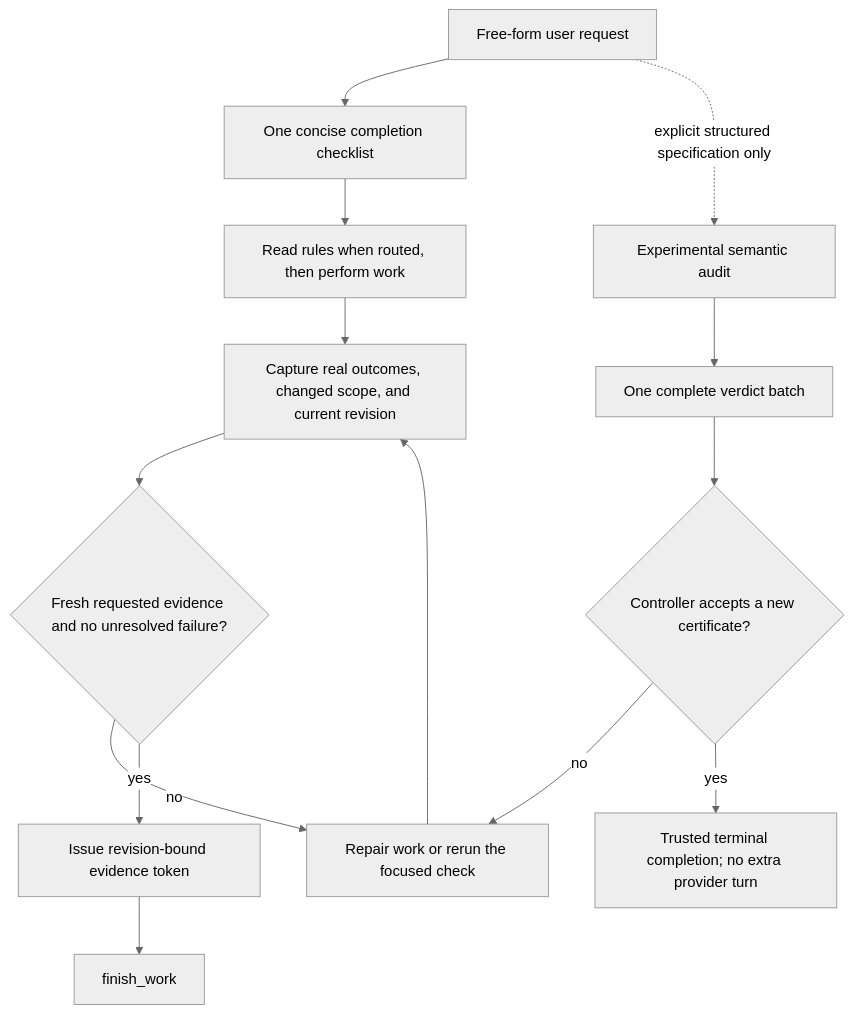
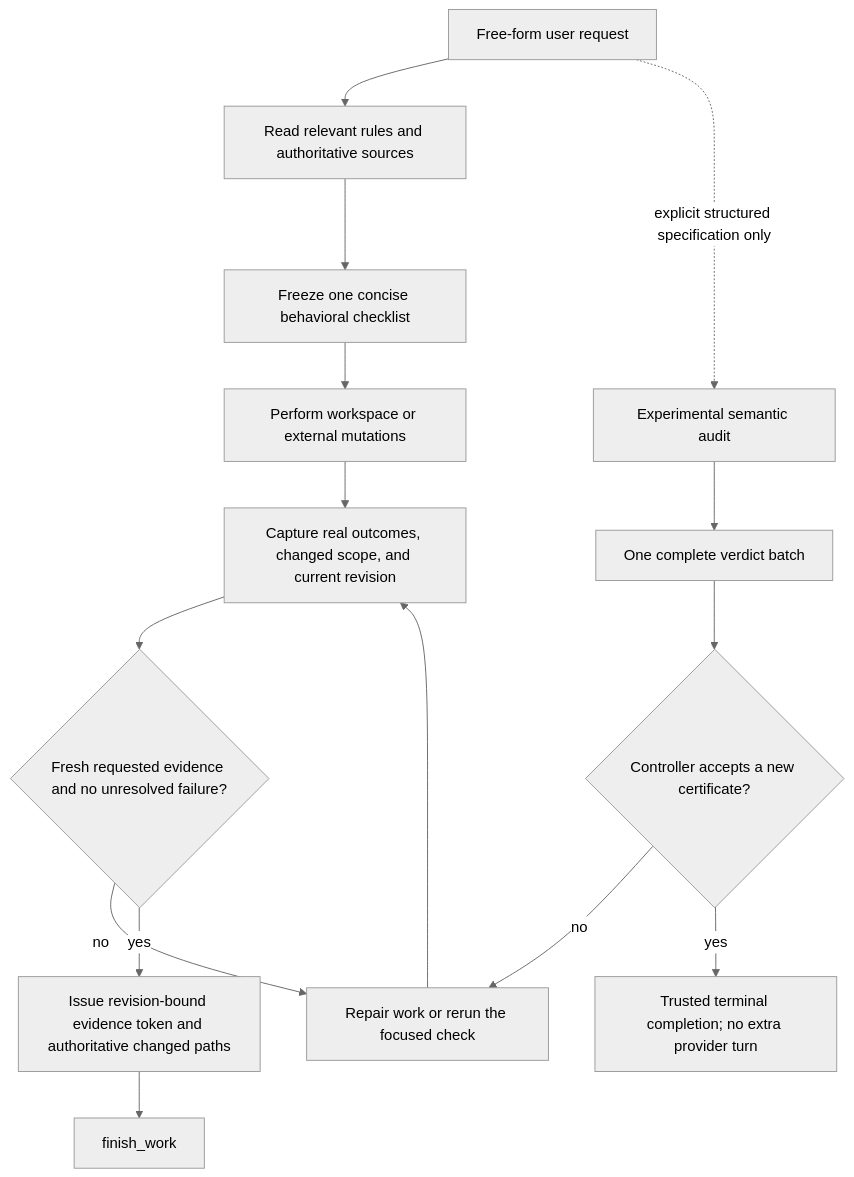
One commit to dst0/p changed the diagram in packages/coding-agent/docs/usage.md. Above: the diagram before and after it, drawn with Mermaid (neutral theme). The commit also changed other lines of this file and 64 other files, not shown here.

Commit message:
feat(coding-agent): enforce evidence-mode completion checklists

````diff
--- a/packages/coding-agent/docs/usage.md
+++ b/packages/coding-agent/docs/usage.md
@@ -115,16 +115,17 @@
 ```mermaid
 flowchart TD
-    Request["Free-form user request"] --> Checklist["One concise completion checklist"]
-    Checklist --> Work["Read rules when routed, then perform work"]
+    Request["Free-form user request"] --> Discovery["Read relevant rules and authoritative sources"]
+    Discovery --> Checklist["Freeze one concise behavioral checklist"]
+    Checklist --> Work["Perform workspace or external mutations"]
     Work --> Evidence["Capture real outcomes, changed scope, and current revision"]
     Evidence --> Ready{"Fresh requested evidence and no unresolved failure?"}
     Ready -->|no| Repair["Repair work or rerun the focused check"]
     Repair --> Evidence
-    Ready -->|yes| Token["Issue revision-bound evidence token"]
+    Ready -->|yes| Token["Issue revision-bound evidence token and authoritative changed paths"]
     Token --> Finish["finish_work"]
     Request -. "explicit structured specification only" .-> Audit["Experimental semantic audit"]
     Audit --> Verdict["One complete verdict batch"]
     Verdict --> Certified{"Controller accepts a new certificate?"}
     Certified -->|no| Repair
     Certified -->|yes| Terminal["Trusted terminal completion; no extra provider turn"]
 ```
````
